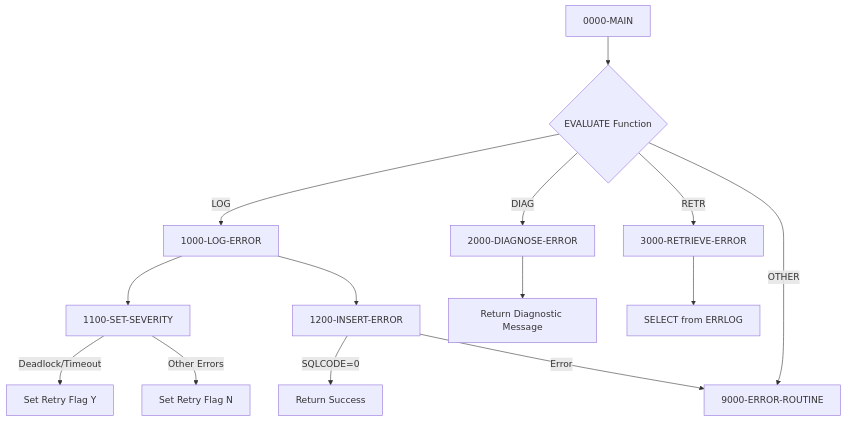
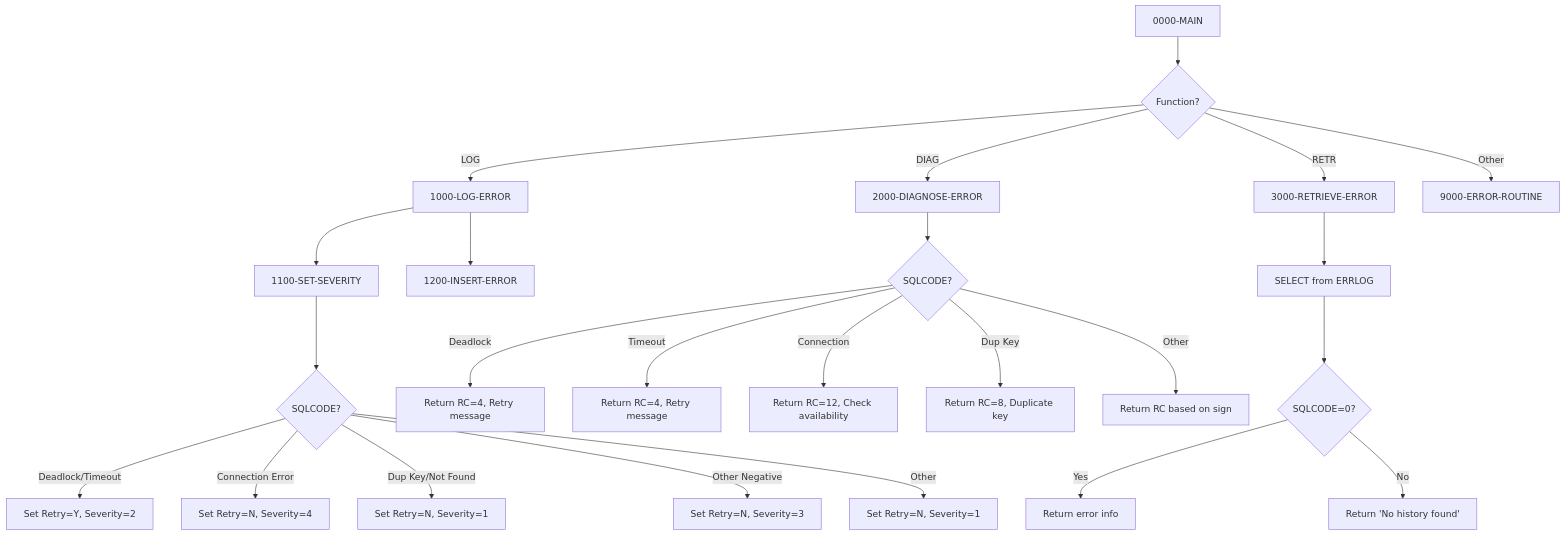
Before and after one commit to haladir-com/legacy-benchmark-docs-vb70e1: the diagram in docs/programs/DB2ERR.mdx, drawn with Mermaid. The commit also changed other lines of this file and 64 other files, not shown here.

````diff
--- a/docs/programs/DB2ERR.mdx
+++ b/docs/programs/DB2ERR.mdx
@@ -19,20 +16,29 @@
 ```mermaid
 graph TD
-    A[0000-MAIN] --> B{EVALUATE Function}
+    A[0000-MAIN] --> B{Function?}
     B -->|LOG| C[1000-LOG-ERROR]
     B -->|DIAG| D[2000-DIAGNOSE-ERROR]
     B -->|RETR| E[3000-RETRIEVE-ERROR]
-    B -->|OTHER| F[9000-ERROR-ROUTINE]
+    B -->|Other| F[9000-ERROR-ROUTINE]
     
     C --> C1[1100-SET-SEVERITY]
     C --> C2[1200-INSERT-ERROR]
+    C1 --> C1a{SQLCODE?}
+    C1a -->|Deadlock/Timeout| C1b[Set Retry=Y, Severity=2]
+    C1a -->|Connection Error| C1c[Set Retry=N, Severity=4]
+    C1a -->|Dup Key/Not Found| C1d[Set Retry=N, Severity=1]
+    C1a -->|Other Negative| C1e[Set Retry=N, Severity=3]
+    C1a -->|Other| C1f[Set Retry=N, Severity=1]
     
-    C1 -->|Deadlock/Timeout| G[Set Retry Flag Y]
-    C1 -->|Other Errors| H[Set Retry Flag N]
+    D --> D1{SQLCODE?}
+    D1 -->|Deadlock| D2[Return RC=4, Retry message]
+    D1 -->|Timeout| D3[Return RC=4, Retry message]
+    D1 -->|Connection| D4[Return RC=12, Check availability]
+    D1 -->|Dup Key| D5[Return RC=8, Duplicate key]
+    D1 -->|Other| D6[Return RC based on sign]
     
-    C2 -->|SQLCODE=0| I[Return Success]
-    C2 -->|Error| F
-    
-    D --> J[Return Diagnostic Message]
-    E --> K[SELECT from ERRLOG]
+    E --> E1[SELECT from ERRLOG]
+    E1 --> E2{SQLCODE=0?}
+    E2 -->|Yes| E3[Return error info]
+    E2 -->|No| E4[Return 'No history found']
 ```
````
